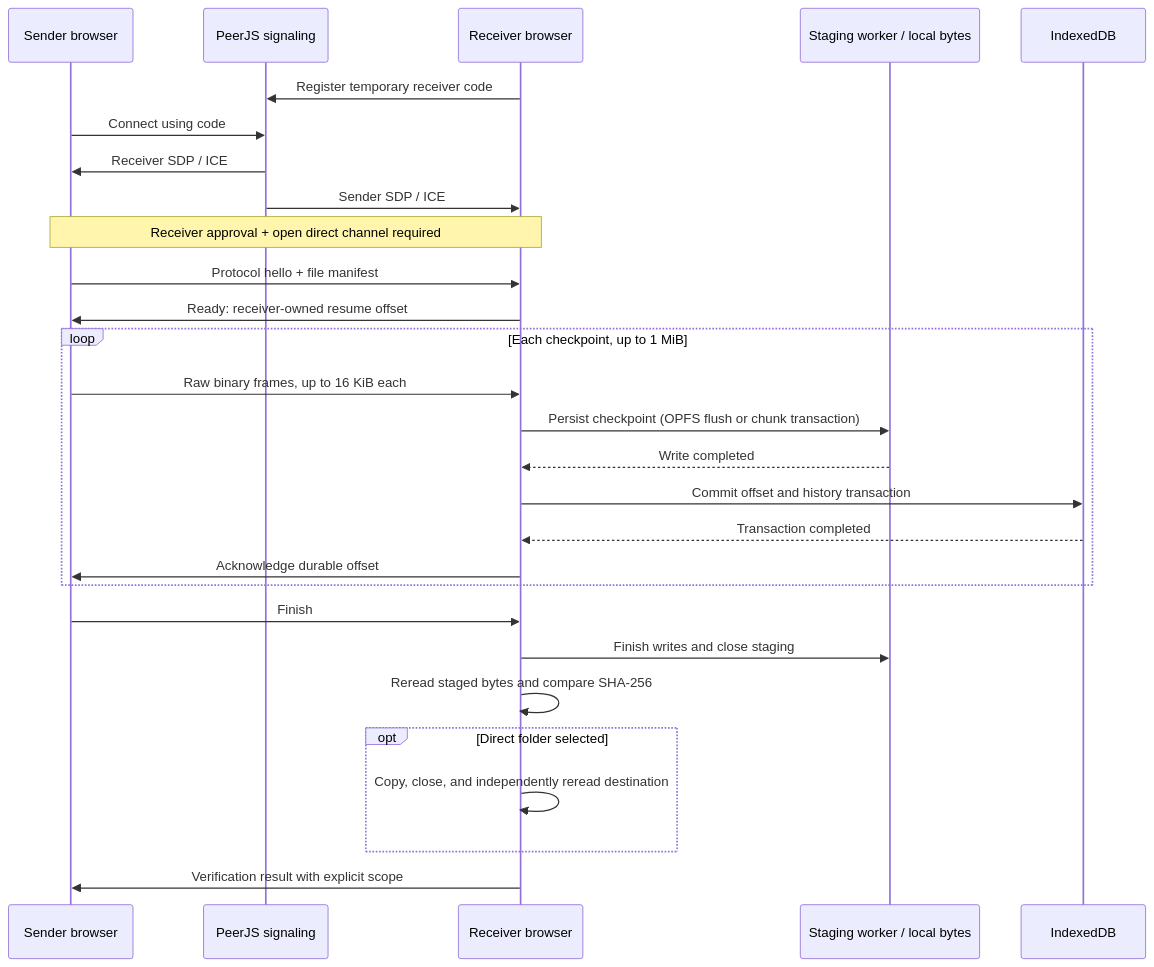
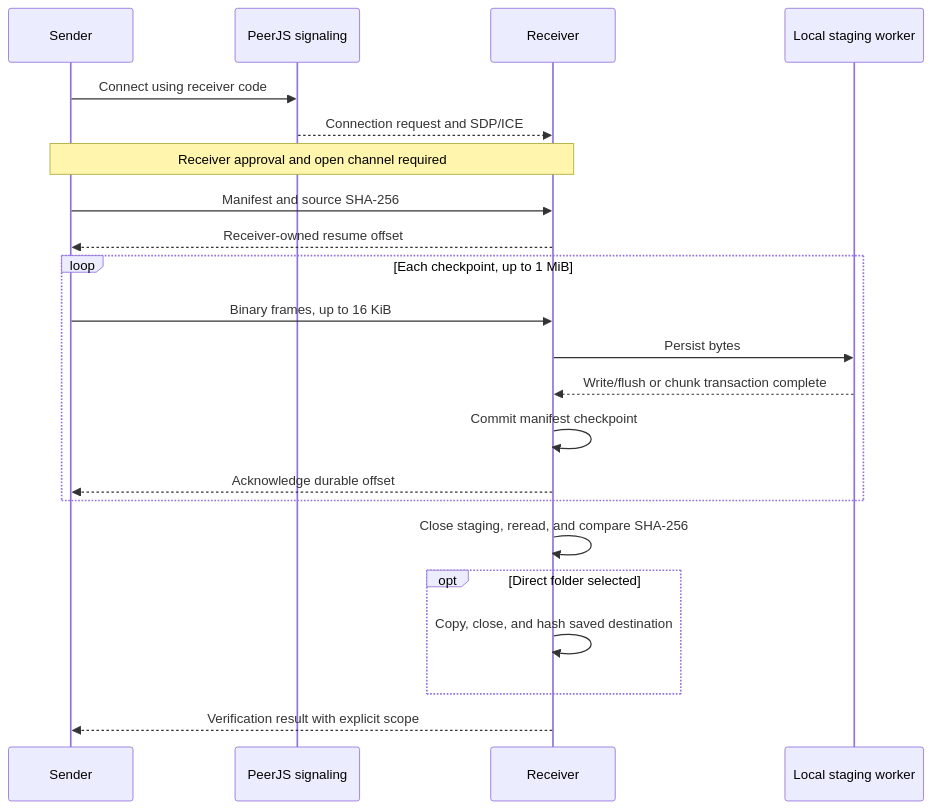
One commit to s4lmon778/PixelGate changed the diagram in README.md. Above: the diagram before and after it, drawn with Mermaid. The commit also changed other lines of this file and 14 other files, not shown here.

````diff
--- a/README.md
+++ b/README.md
@@ -106,30 +86,24 @@
 ```mermaid
 sequenceDiagram
-    participant S as Sender browser
+    participant S as Sender
     participant P as PeerJS signaling
-    participant R as Receiver browser
-    participant W as Staging worker / local bytes
-    participant D as IndexedDB
-    R->>P: Register temporary receiver code
-    S->>P: Connect using code
-    P->>S: Receiver SDP / ICE
-    P->>R: Sender SDP / ICE
-    Note over S,R: Receiver approval + open direct channel required
-    S->>R: Protocol hello + file manifest
-    R->>S: Ready: receiver-owned resume offset
+    participant R as Receiver
+    participant W as Local staging worker
+    S->>P: Connect using receiver code
+    P-->>R: Connection request and SDP/ICE
+    Note over S,R: Receiver approval and open channel required
+    S->>R: Manifest and source SHA-256
+    R-->>S: Receiver-owned resume offset
     loop Each checkpoint, up to 1 MiB
-        S->>R: Raw binary frames, up to 16 KiB each
-        R->>W: Persist checkpoint (OPFS flush or chunk transaction)
-        W-->>R: Write completed
-        R->>D: Commit offset and history transaction
-        D-->>R: Transaction completed
-        R->>S: Acknowledge durable offset
+        S->>R: Binary frames, up to 16 KiB
+        R->>W: Persist bytes
+        W-->>R: Write/flush or chunk transaction complete
+        R->>R: Commit manifest checkpoint
+        R-->>S: Acknowledge durable offset
     end
-    S->>R: Finish
-    R->>W: Finish writes and close staging
-    R->>R: Reread staged bytes and compare SHA-256
+    R->>R: Close staging, reread, and compare SHA-256
     opt Direct folder selected
-        R->>R: Copy, close, and independently reread destination
+        R->>R: Copy, close, and hash saved destination
     end
-    R->>S: Verification result with explicit scope
+    R-->>S: Verification result with explicit scope
 ```
````
